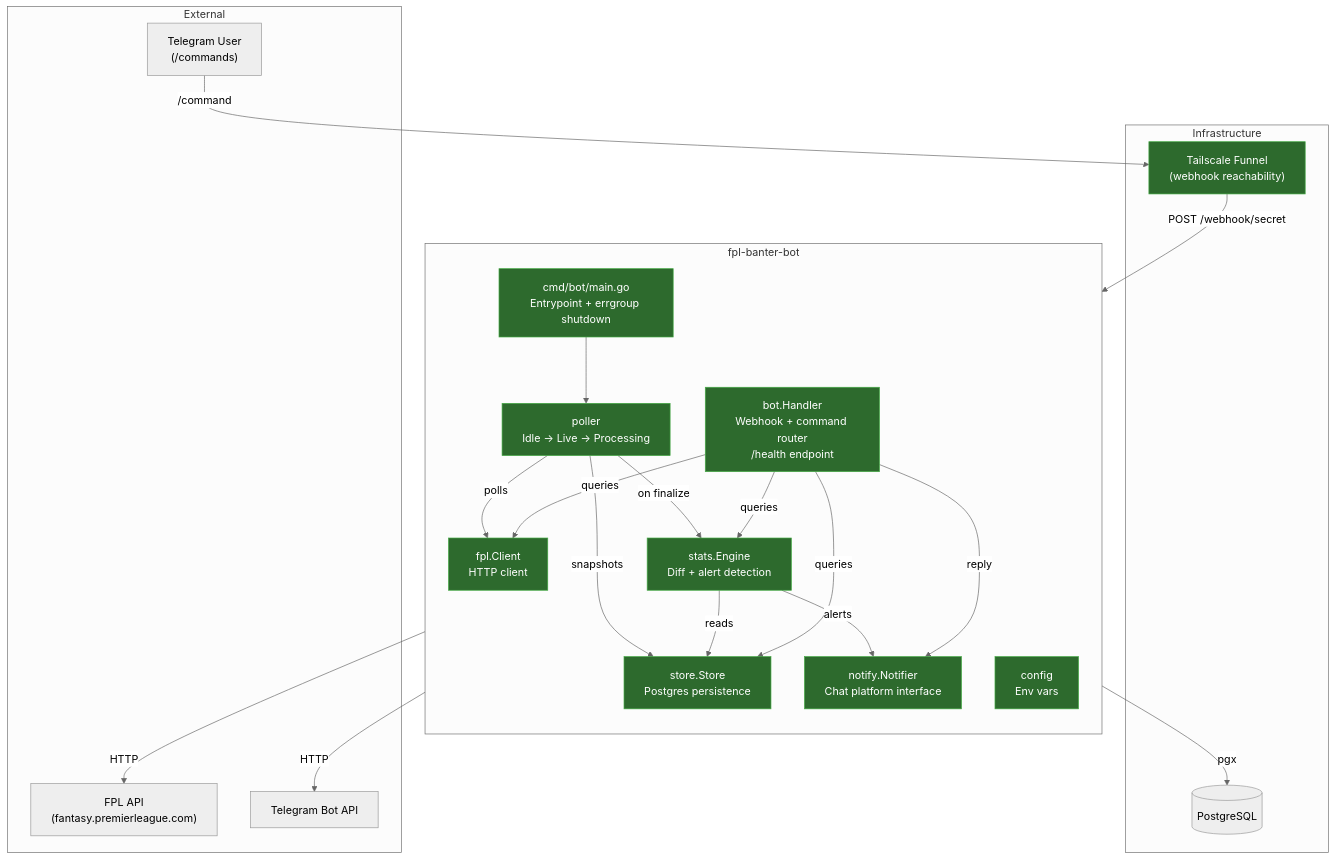
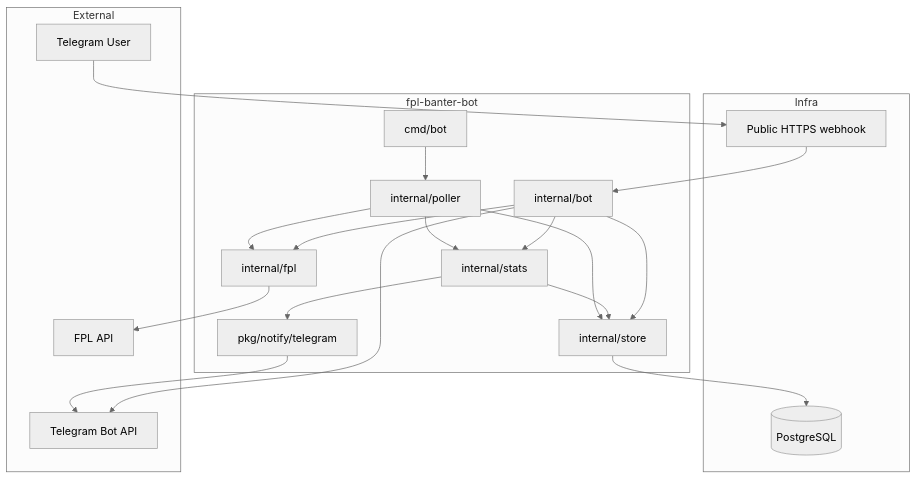
The diagram in README.md (chrislonge/fpl-banter-bot), drawn with Mermaid (neutral theme) before and after one commit. The commit also changed other lines of this file and 35 other files, not shown here.

````diff
--- a/README.md
+++ b/README.md
@@ -30,54 +31,39 @@
 ```mermaid
 flowchart TB
     subgraph External
-        FPL["FPL API\n(fantasy.premierleague.com)"]
+        FPL["FPL API"]
         TG["Telegram Bot API"]
-        USER["Telegram User\n(/commands)"]
+        USER["Telegram User"]
     end
 
     subgraph "fpl-banter-bot"
-        direction TB
-        MAIN["cmd/bot/main.go\nEntrypoint + errgroup shutdown"]
-        CONFIG["config\nEnv vars"]
-        CLIENT["fpl.Client\nHTTP client"]
-        STORE["store.Store\nPostgres persistence"]
-        POLLER["poller\nIdle → Live → Processing"]
-        STATS["stats.Engine\nDiff + alert detection"]
-        NOTIFY["notify.Notifier\nChat platform interface"]
-        BOT["bot.Handler\nWebhook + command router\n/health endpoint"]
+        MAIN["cmd/bot"]
+        POLLER["internal/poller"]
+        STATS["internal/stats"]
+        BOT["internal/bot"]
+        STORE["internal/store"]
+        CLIENT["internal/fpl"]
+        NOTIFY["pkg/notify/telegram"]
     end
 
-    subgraph Infrastructure
+    subgraph Infra
         PG[("PostgreSQL")]
-        TUNNEL["Tailscale Funnel\n(webhook reachability)"]
+        WEB["Public HTTPS webhook"]
     end
 
-    %% Proactive path
     MAIN --> POLLER
-    POLLER -- "polls" --> CLIENT
-    CLIENT -- "HTTP" --> FPL
-    POLLER -- "snapshots" --> STORE
-    STORE -- "pgx" --> PG
-    POLLER -- "on finalize" --> STATS
-    STATS -- "reads" --> STORE
-    STATS -- "alerts" --> NOTIFY
-    NOTIFY -- "HTTP" --> TG
-
-    %% Reactive path
-    USER -- "/command" --> TUNNEL
-    TUNNEL -- "POST /webhook/secret" --> BOT
-    BOT -- "queries" --> STATS
-    BOT -- "queries" --> STORE
-    BOT -- "queries" --> CLIENT
-    BOT -- "reply" --> NOTIFY
-
-    style CONFIG fill:#2d6a2d,stroke:#4a4,color:#fff
-    style CLIENT fill:#2d6a2d,stroke:#4a4,color:#fff
-    style STORE fill:#2d6a2d,stroke:#4a4,color:#fff
-    style MAIN fill:#2d6a2d,stroke:#4a4,color:#fff
-    style POLLER fill:#2d6a2d,stroke:#4a4,color:#fff
-    style STATS fill:#2d6a2d,stroke:#4a4,color:#fff
-    style NOTIFY fill:#2d6a2d,stroke:#4a4,color:#fff
-    style BOT fill:#2d6a2d,stroke:#4a4,color:#fff
-    style TUNNEL fill:#2d6a2d,stroke:#4a4,color:#fff
+    POLLER --> CLIENT
+    CLIENT --> FPL
+    POLLER --> STORE
+    STORE --> PG
+    POLLER --> STATS
+    STATS --> STORE
+    STATS --> NOTIFY
+    NOTIFY --> TG
+    USER --> WEB
+    WEB --> BOT
+    BOT --> STORE
+    BOT --> STATS
+    BOT --> CLIENT
+    BOT --> TG
 ```
````
